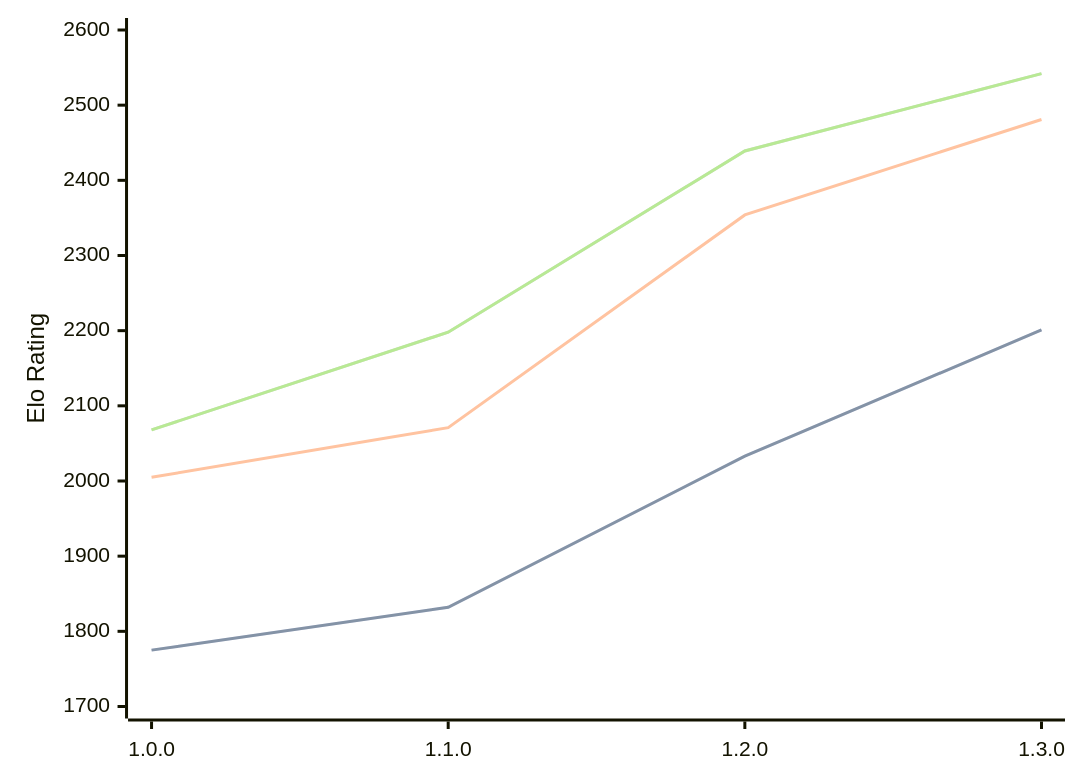
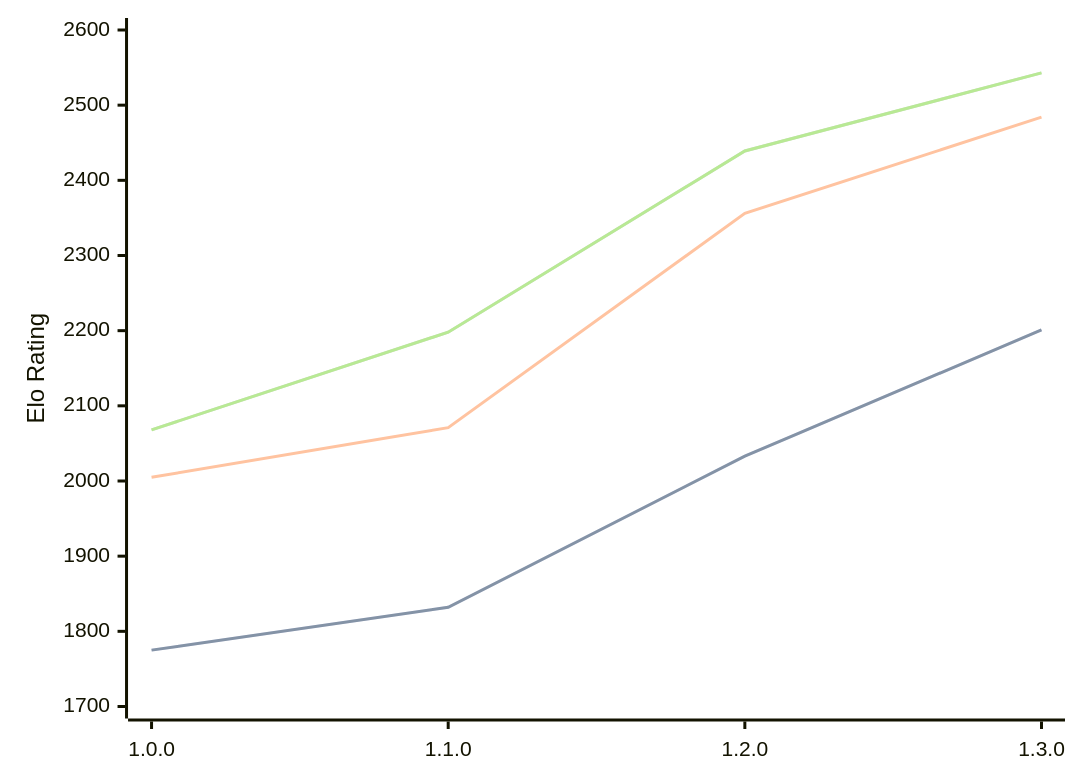
One commit to computer-chess-index/cci changed the diagram in engines/Anodos.md. Above: the diagram before and after it, drawn with Mermaid. The commit also changed other lines of this file, not shown here.

Commit message:
Update CCI Ratings (ELO VLTC) - 2026-05-05

````diff
--- a/engines/Anodos.md
+++ b/engines/Anodos.md
@@ -45,11 +45,11 @@
 ```mermaid
 %%{init: {"theme":"base","themeVariables":{"seriesColors:['#a3a3a3','#222221','#faa371']}}}%%
 xychart-beta
   x-axis ["1.0.0", "1.1.0", "1.2.0", "1.3.0"]
   y-axis "Elo Rating" 1700 --> 2600
   line "STC (8.0+0.08s)" [1775, 1832, 2033, 2201]
   line "STC (8.0+0.08s)" [1775, 1832, 2033, 2201]
-  line "LTC (60.0+0.60s)" [2005, 2071, 2354, 2481]
-  line "VLTC (2m24s+1.12s)" [2068, 2198, 2439, 2542]
-  line "VLTC (2m24s+1.12s)" [2068, 2198, 2439, 2542]
+  line "LTC (60.0+0.60s)" [2005, 2071, 2356, 2484]
+  line "VLTC (2m24s+1.12s)" [2068, 2198, 2439, 2543]
+  line "VLTC (2m24s+1.12s)" [2068, 2198, 2439, 2543]
 ```
````
